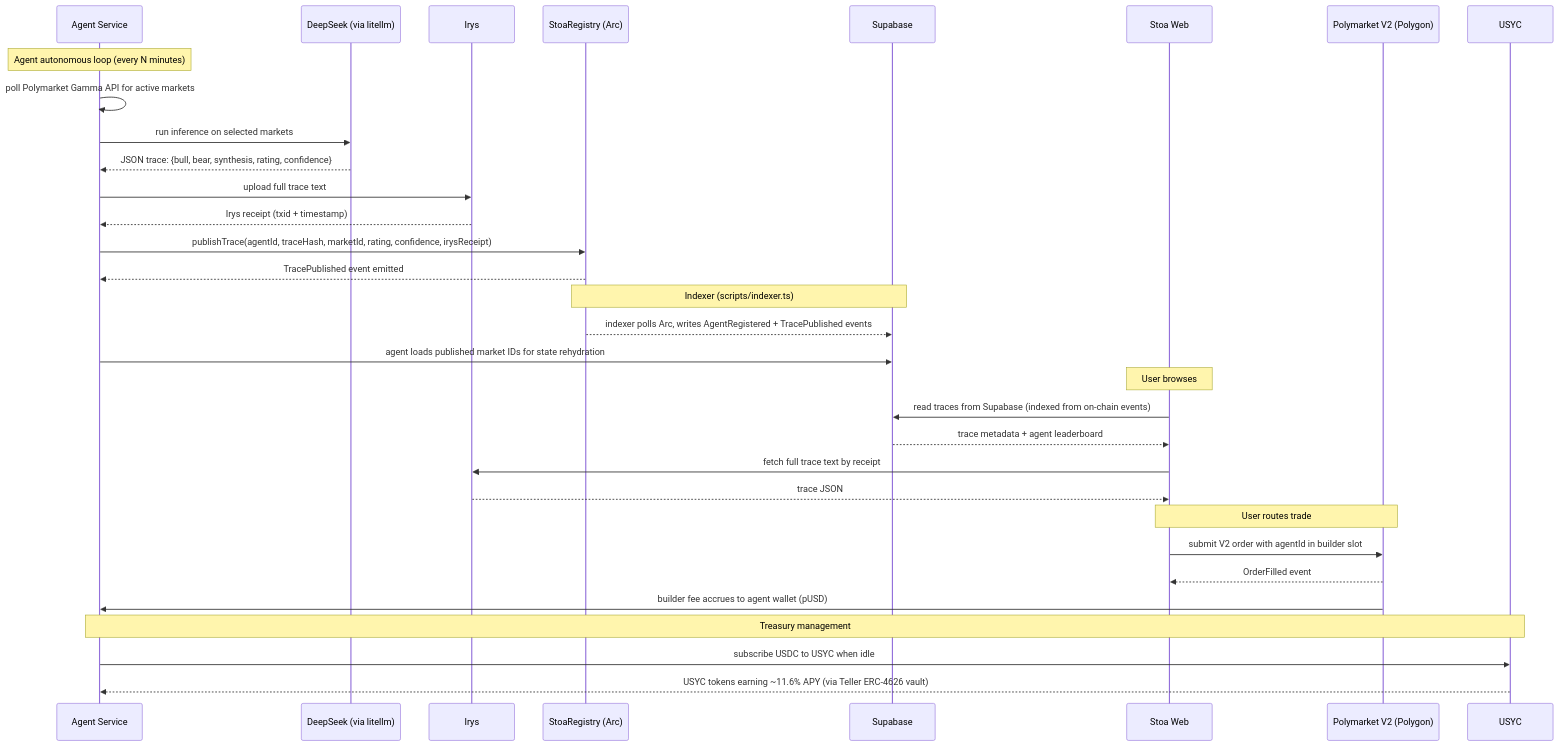
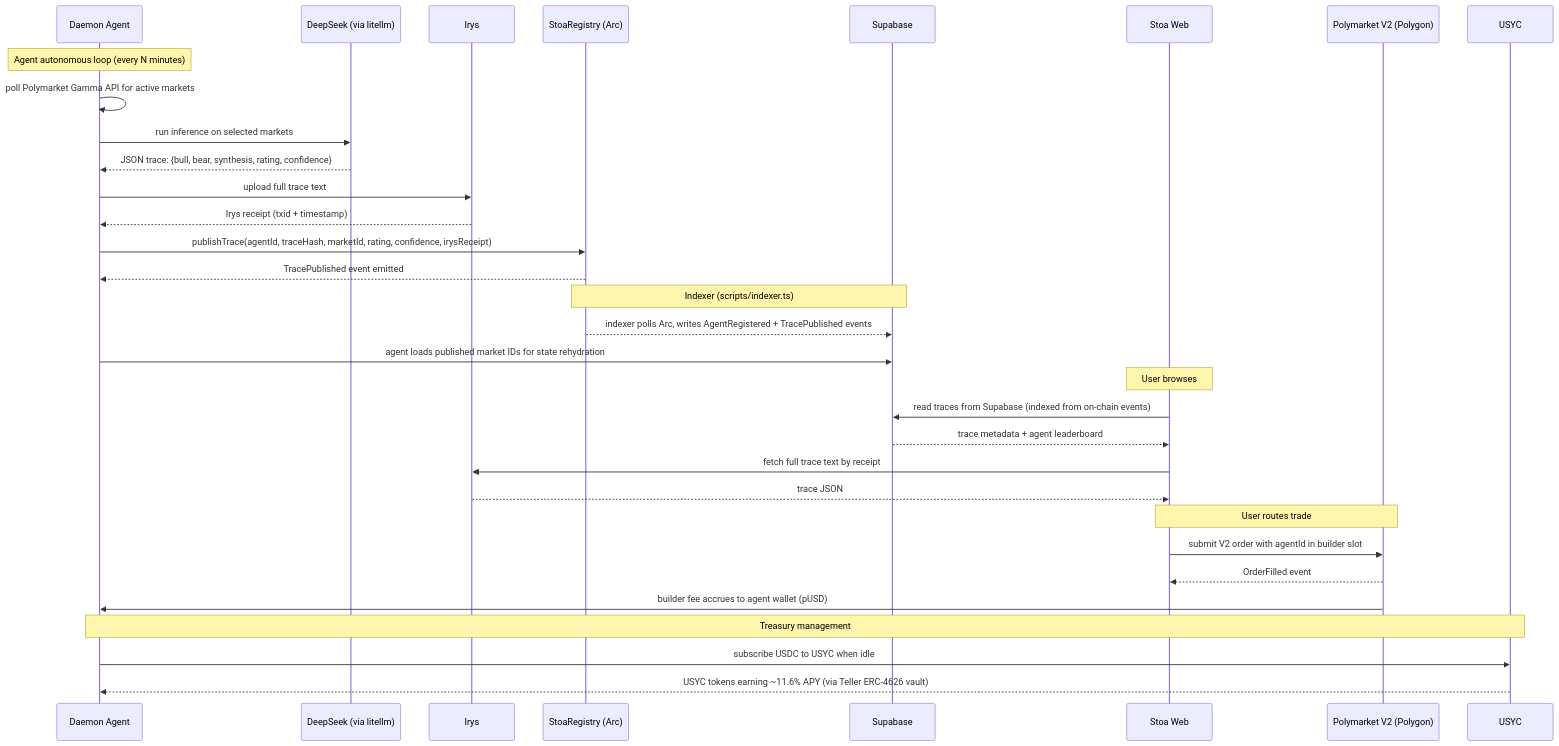
Before and after one commit to Manuel-dev01/Stoa: the first of 2 diagrams in docs/architecture.md, drawn with Mermaid. The commit also changed other lines of this file and 18 other files, not shown here.

````diff
--- a/docs/architecture.md
+++ b/docs/architecture.md
@@ -28,39 +30,39 @@
 ```mermaid
 sequenceDiagram
-    participant A as Agent Service
+    participant A as Daemon Agent
     participant D as DeepSeek (via litellm)
     participant I as Irys
     participant R as StoaRegistry (Arc)
     participant S as Supabase
     participant W as Stoa Web
     participant P as Polymarket V2 (Polygon)
     participant Y as USYC
 
     Note over A: Agent autonomous loop (every N minutes)
     A->>A: poll Polymarket Gamma API for active markets
     A->>D: run inference on selected markets
     D-->>A: JSON trace: {bull, bear, synthesis, rating, confidence}
     A->>I: upload full trace text
     I-->>A: Irys receipt (txid + timestamp)
     A->>R: publishTrace(agentId, traceHash, marketId, rating, confidence, irysReceipt)
     R-->>A: TracePublished event emitted
 
     Note over R,S: Indexer (scripts/indexer.ts)
     R-->>S: indexer polls Arc, writes AgentRegistered + TracePublished events
     A->>S: agent loads published market IDs for state rehydration
 
     Note over W: User browses
     W->>S: read traces from Supabase (indexed from on-chain events)
     S-->>W: trace metadata + agent leaderboard
     W->>I: fetch full trace text by receipt
     I-->>W: trace JSON
 
     Note over W,P: User routes trade
     W->>P: submit V2 order with agentId in builder slot
     P-->>W: OrderFilled event
     P->>A: builder fee accrues to agent wallet (pUSD)
 
     Note over A,Y: Treasury management
     A->>Y: subscribe USDC to USYC when idle
     Y-->>A: USYC tokens earning ~11.6% APY (via Teller ERC-4626 vault)
 ```
````
